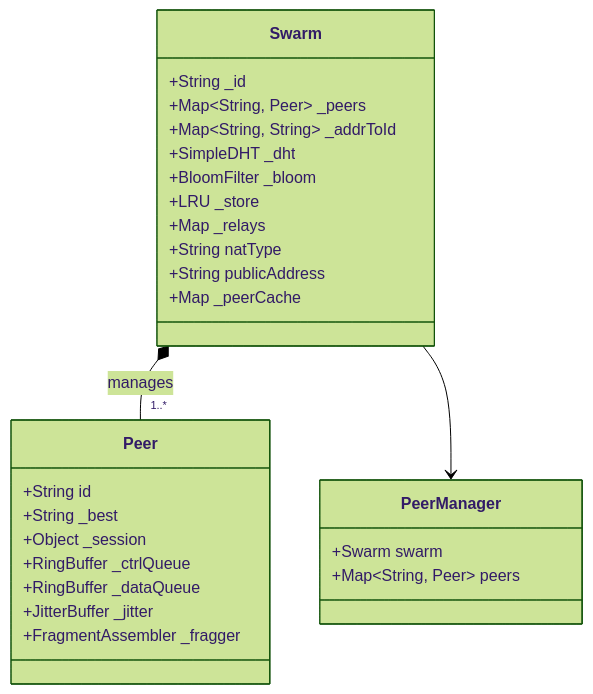
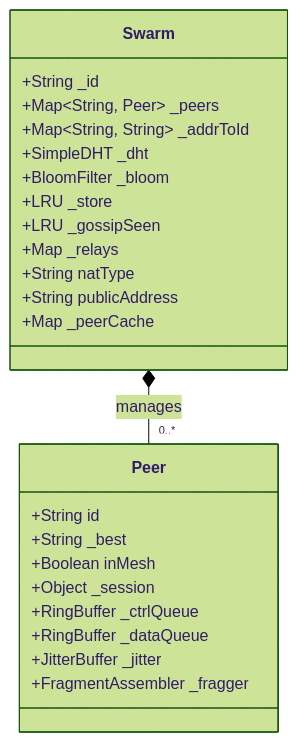
One commit to setowire-org/js-setowire changed the second of 12 diagrams in SPEC.md. Above: the diagram before and after it, drawn with Mermaid (forest theme). The commit also changed other lines of this file, not shown here.

````diff
--- a/SPEC.md
+++ b/SPEC.md
@@ -103,33 +105,29 @@
 ```mermaid
 classDiagram
     class Swarm {
         +String _id
         +Map~String, Peer~ _peers
         +Map~String, String~ _addrToId
         +SimpleDHT _dht
         +BloomFilter _bloom
         +LRU _store
+        +LRU _gossipSeen
         +Map _relays
         +String natType
         +String publicAddress
         +Map _peerCache
     }
     
     class Peer {
         +String id
         +String _best
+        +Boolean inMesh
         +Object _session
         +RingBuffer _ctrlQueue
         +RingBuffer _dataQueue
         +JitterBuffer _jitter
         +FragmentAssembler _fragger
     }
     
-    class PeerManager {
-        +Swarm swarm
-        +Map~String, Peer~ peers
-    }
-    
-    Swarm *-- "1..*" Peer : manages
-    Swarm --> PeerManager
+    Swarm *-- "0..*" Peer : manages
 ```
````
